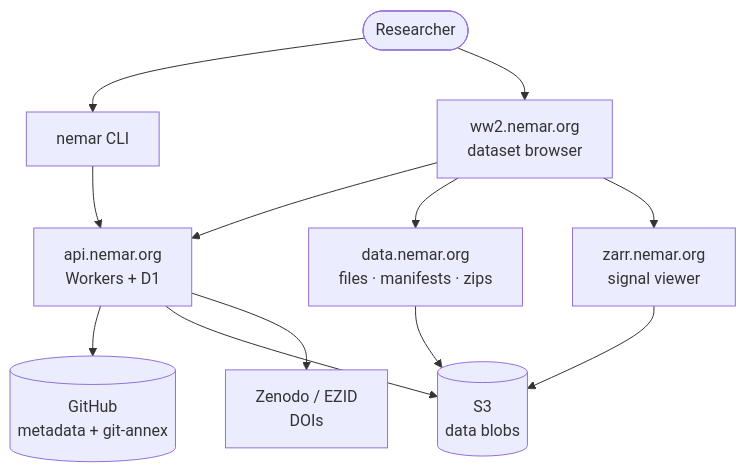
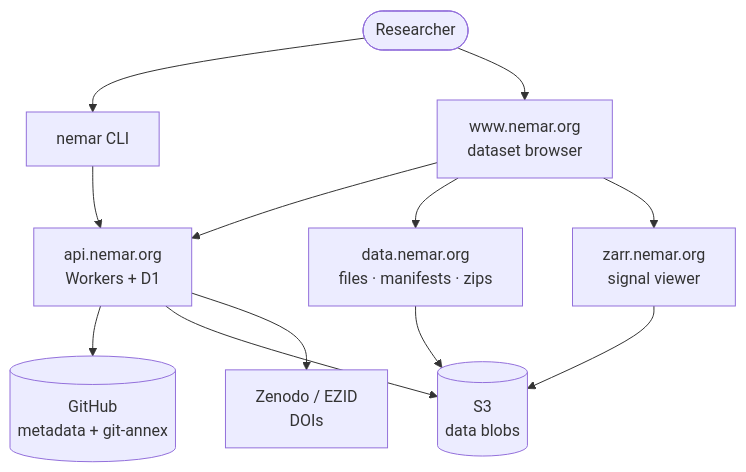
The first of 2 diagrams in src/content/docs/ecosystem/index.md (nemarOrg/docs), drawn with Mermaid before and after one commit. The commit also changed other lines of this file and 6 other files, not shown here.

First line of the commit message:
Replace ww2.nemar.org with www.nemar.org; drop legacy-site references

````diff
--- a/src/content/docs/ecosystem/index.md
+++ b/src/content/docs/ecosystem/index.md
@@ -12,24 +12,24 @@
 ```mermaid
 flowchart TB
   User([Researcher])
   CLI["nemar CLI"]
-  Web["ww2.nemar.org<br/>dataset browser"]
+  Web["www.nemar.org<br/>dataset browser"]
   API["api.nemar.org<br/>Workers + D1"]
   Data["data.nemar.org<br/>files · manifests · zips"]
   Zarr["zarr.nemar.org<br/>signal viewer"]
   GH[("GitHub<br/>metadata + git-annex")]
   S3[("S3<br/>data blobs")]
   DOI["Zenodo / EZID<br/>DOIs"]
 
   User --> CLI
   User --> Web
   CLI --> API
   Web --> API
   Web --> Data
   Web --> Zarr
   API --> GH
   API --> S3
   API --> DOI
   Data --> S3
   Zarr --> S3
 ```
````
